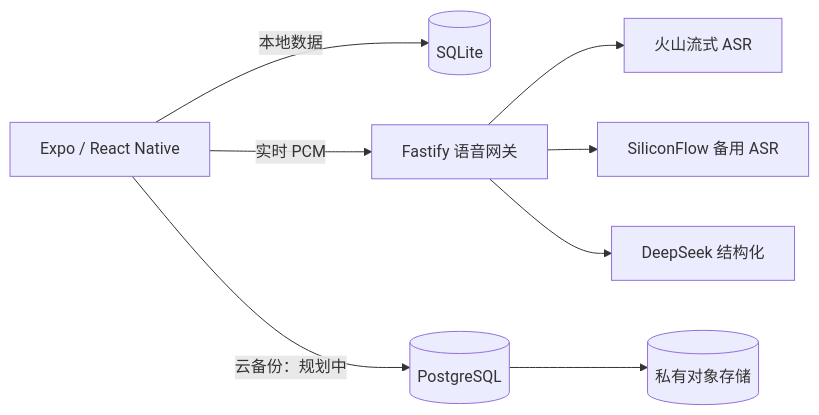
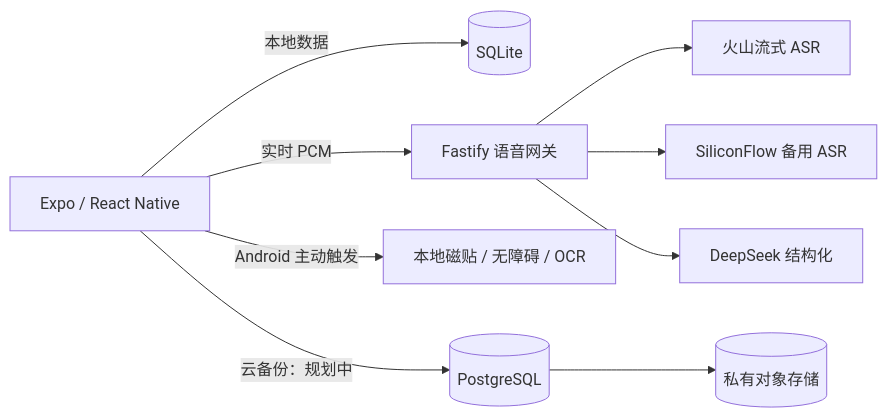
One commit to zhixiang-luo/shengzhang changed the diagram in README.md. Above: the diagram before and after it, drawn with Mermaid. The commit also changed other lines of this file and 67 other files, not shown here.

````diff
--- a/README.md
+++ b/README.md
@@ -100,10 +103,11 @@
 ```mermaid
 flowchart LR
   A[Expo / React Native] -->|本地数据| B[(SQLite)]
   A -->|实时 PCM| C[Fastify 语音网关]
+  A -->|Android 主动触发| S[本地磁贴 / 无障碍 / OCR]
   C --> D[火山流式 ASR]
   C --> E[SiliconFlow 备用 ASR]
   C --> F[DeepSeek 结构化]
   A -->|云备份：规划中| G[(PostgreSQL)]
   G --> H[(私有对象存储)]
 ```
````
